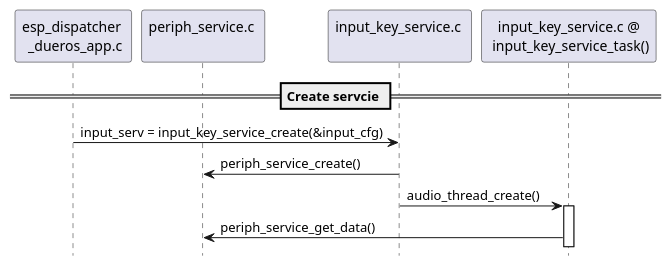
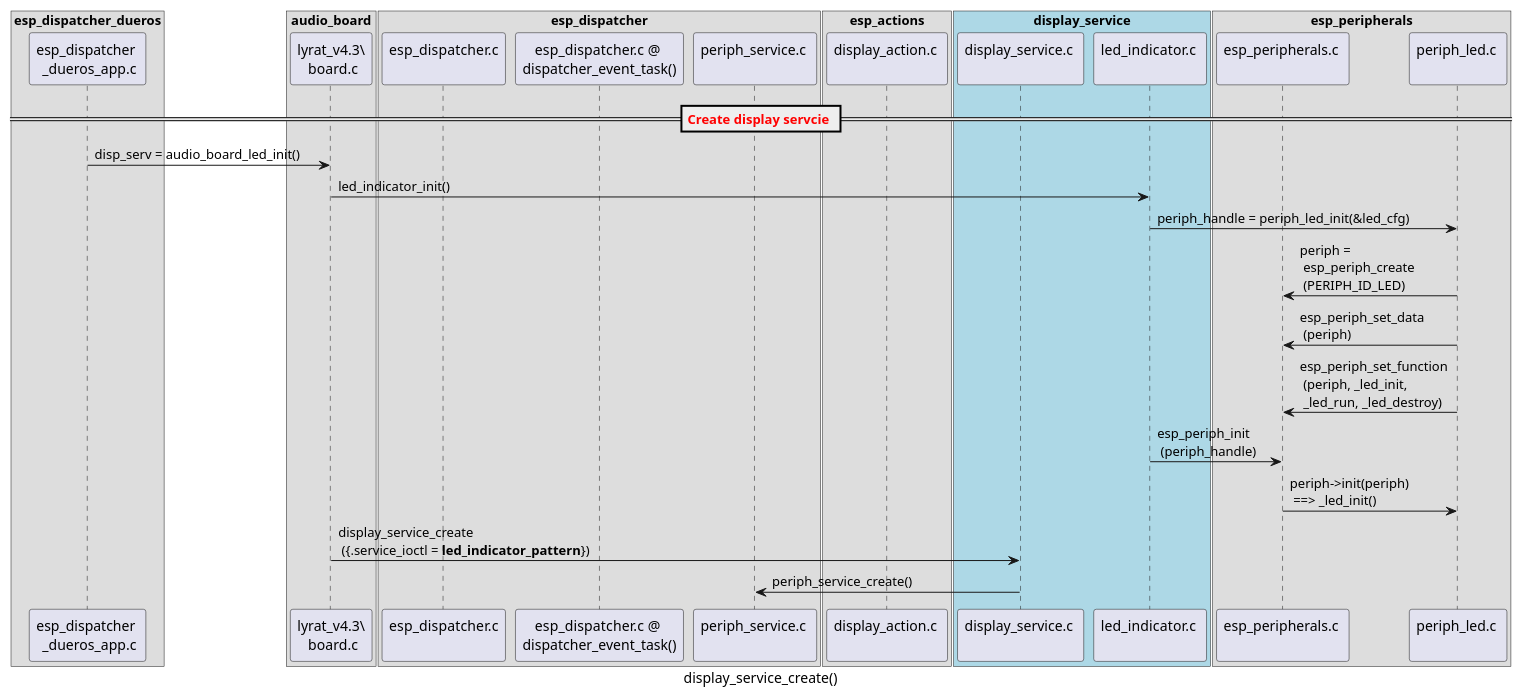
Before and after one commit to liangzhu2008/learn-esp-adf: the second of 4 diagrams in docs/inside-dispatcher/display_service.rst, drawn with PlantUML. The commit also changed other lines of this file and 2 other files, not shown here.

Commit message:
加入 Display_Service

```diff
--- a/docs/inside-dispatcher/display_service.rst
+++ b/docs/inside-dispatcher/display_service.rst
@@ -117,16 +113,46 @@
 .. uml::
+    
+    caption display_service_create()
 
-    hide footbox
+    box "esp_dispatcher_dueros"
+    participant "esp_dispatcher \n _dueros_app.c" as adf_app order 10
+    end box
+    
+    box "audio_board"
+    participant "lyrat_v4.3\\\n board.c"  as adf_board order 15
+    end box
 
-    participant "esp_dispatcher \n _dueros_app.c" as adf_app order 10
-    participant "periph_service.c \n" as periph_service order 20
-    participant "input_key_service.c \n" as spec_service order 50
-    participant "input_key_service.c @\n input_key_service_task()" as inner_task order 60
+    box "esp_dispatcher" 
+    participant "esp_dispatcher.c\n"                    as dispatcher_comp   order 20
+    participant "esp_dispatcher.c @ \ndispatcher_event_task()" as dispatcher_task   order 30
+    participant "periph_service.c \n"  as periph_service order 40
+    end box
 
-      
-    == Create servcie ==
-    adf_app        -> spec_service : input_serv = input_key_service_create(&input_cfg)
-    periph_service <- spec_service : periph_service_create()
-    spec_service   -> inner_task   : audio_thread_create()
-    activate inner_task 
-    periph_service <- inner_task   : periph_service_get_data()
+    box "esp_actions"
+    participant "display_action.c \n" as display_action  order 45
+    end box
+
+    box "display_service" #LightBlue
+    participant "display_service.c \n" as display_service  order 50
+    participant "led_indicator.c \n"   as led_indicator order 60
+    end box
+
+    box "esp_peripherals" 
+    participant "esp_peripherals.c \n" as esp_peripherals order 70
+    participant "periph_led.c \n"      as periph_led      order 80
+    end box
+
+
+    == <color:red>Create display servcie</color> ==
+    adf_app         -> adf_board     : disp_serv = audio_board_led_init()
+
+    adf_board       -> led_indicator : led_indicator_init()
+    led_indicator   -> periph_led   : periph_handle = periph_led_init(&led_cfg)
+    esp_peripherals <- periph_led   : periph = \n esp_periph_create \n (PERIPH_ID_LED)
+    esp_peripherals <- periph_led   : esp_periph_set_data \n (periph)
+    esp_peripherals <- periph_led   : esp_periph_set_function \n (periph, _led_init, \n _led_run, _led_destroy)
+    led_indicator -> esp_peripherals : esp_periph_init \n (periph_handle)
+    esp_peripherals -> periph_led     : periph->init(periph) \n ==> _led_init()
+
+    adf_board        -> display_service : display_service_create \n ({.service_ioctl = **led_indicator_pattern**})
+    periph_service   <- display_service : periph_service_create()
```
